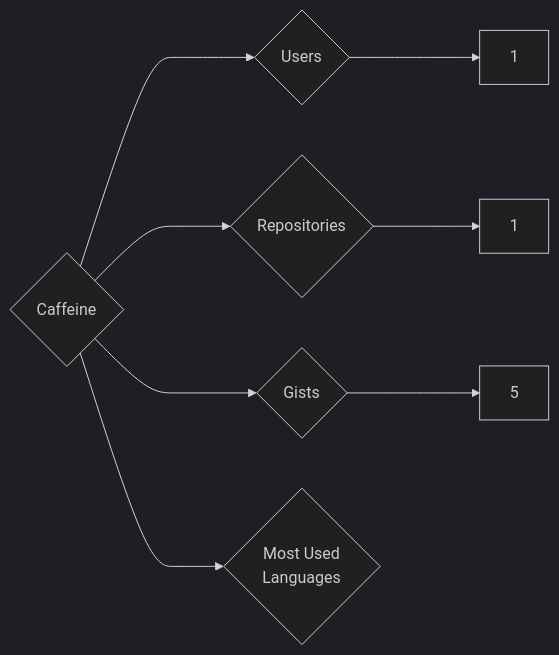
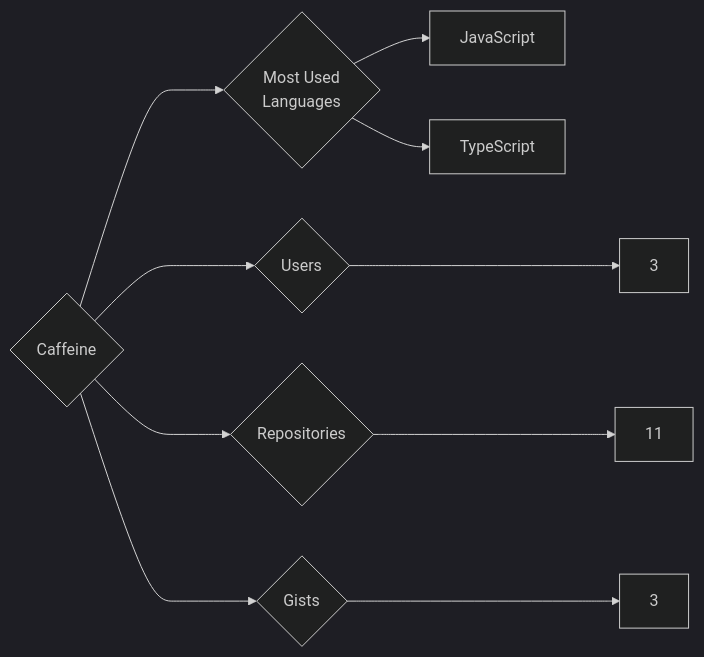
The diagram in targets/Caffeine/README.md (trickest/insiders), drawn with Mermaid (dark theme) before and after one commit. The commit also changed 1030 other files, not shown here.

````diff
--- a/targets/Caffeine/README.md
+++ b/targets/Caffeine/README.md
@@ -3,8 +3,10 @@
 ```mermaid
 graph LR
 COMPANY_NAME{Caffeine}
-COMPANY_NAME ---> U{Users} ---> UN[1]
-COMPANY_NAME ---> R{Repositories} ---> RN[1]
-COMPANY_NAME ---> G{Gists} ---> GN[5]
+COMPANY_NAME ---> U{Users} ---> UN[3]
+COMPANY_NAME ---> R{Repositories} ---> RN[11]
+COMPANY_NAME ---> G{Gists} ---> GN[3]
 COMPANY_NAME ---> ML{Most Used<br>Languages}
+ML --> JavaScript[JavaScript]
+ML --> TypeScript[TypeScript]
 ```
````
